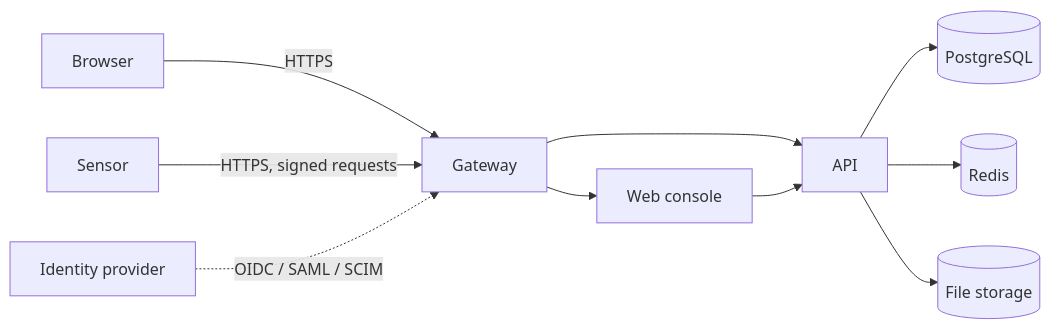
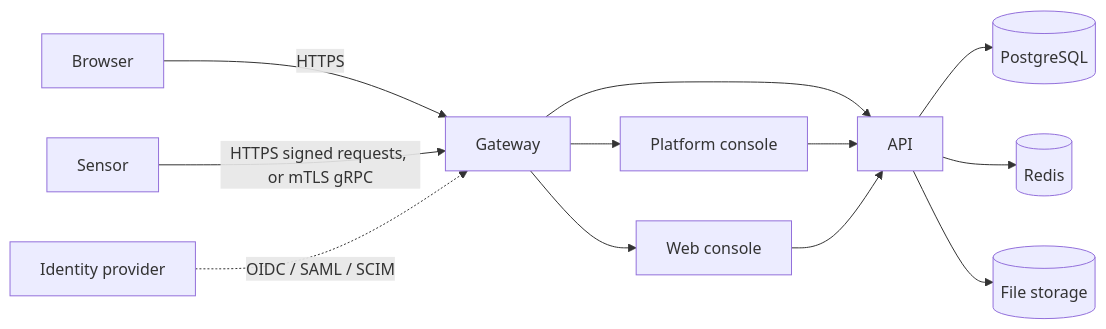
The diagram in security/index.md (openctemio/docs), drawn with Mermaid before and after one commit. The commit also changed other lines of this file and 84 other files, not shown here.

````diff
--- a/security/index.md
+++ b/security/index.md
@@ -26,12 +26,14 @@
 ```mermaid
 flowchart LR
   B[Browser] -->|HTTPS| G[Gateway]
-  S[Sensor] -->|HTTPS, signed requests| G
+  S[Sensor] -->|HTTPS signed requests, or mTLS gRPC| G
   I[Identity provider] -.->|OIDC / SAML / SCIM| G
   G --> W[Web console]
   G --> A[API]
+  G --> C[Platform console]
+  C --> A
   W --> A
   A --> P[(PostgreSQL)]
   A --> R[(Redis)]
   A --> F[(File storage)]
 ```
````
